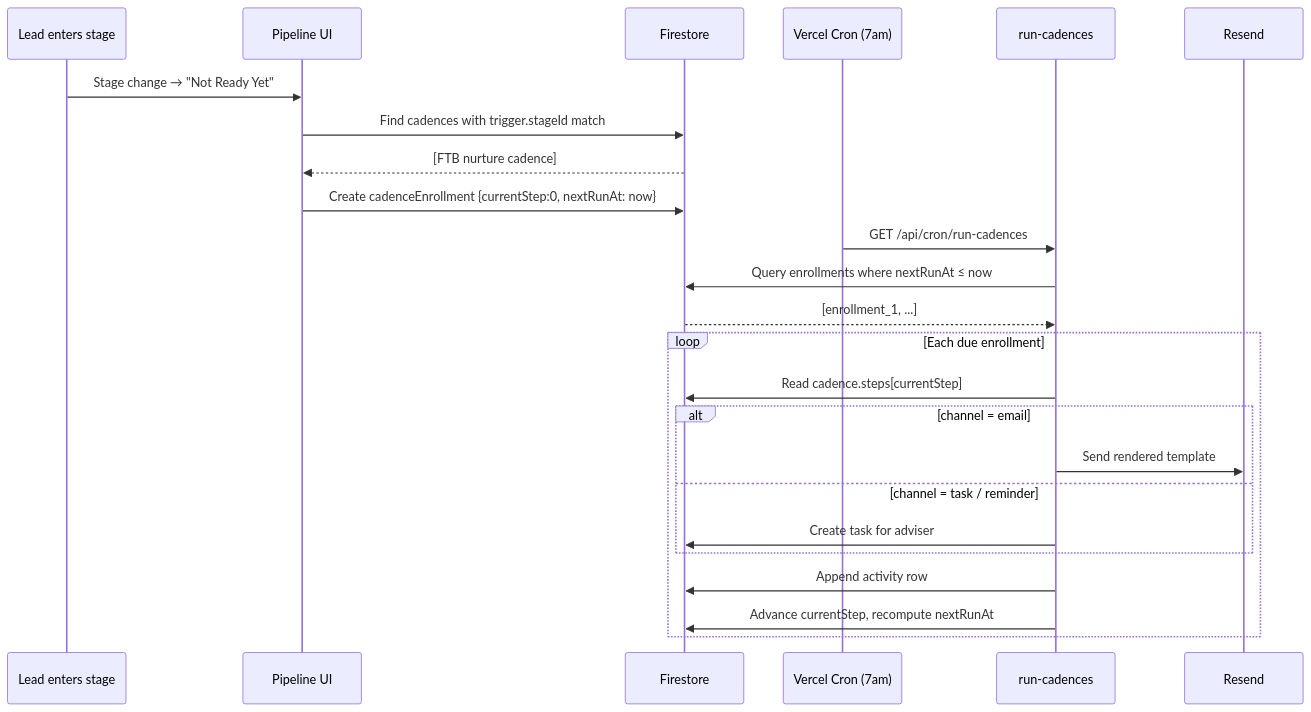
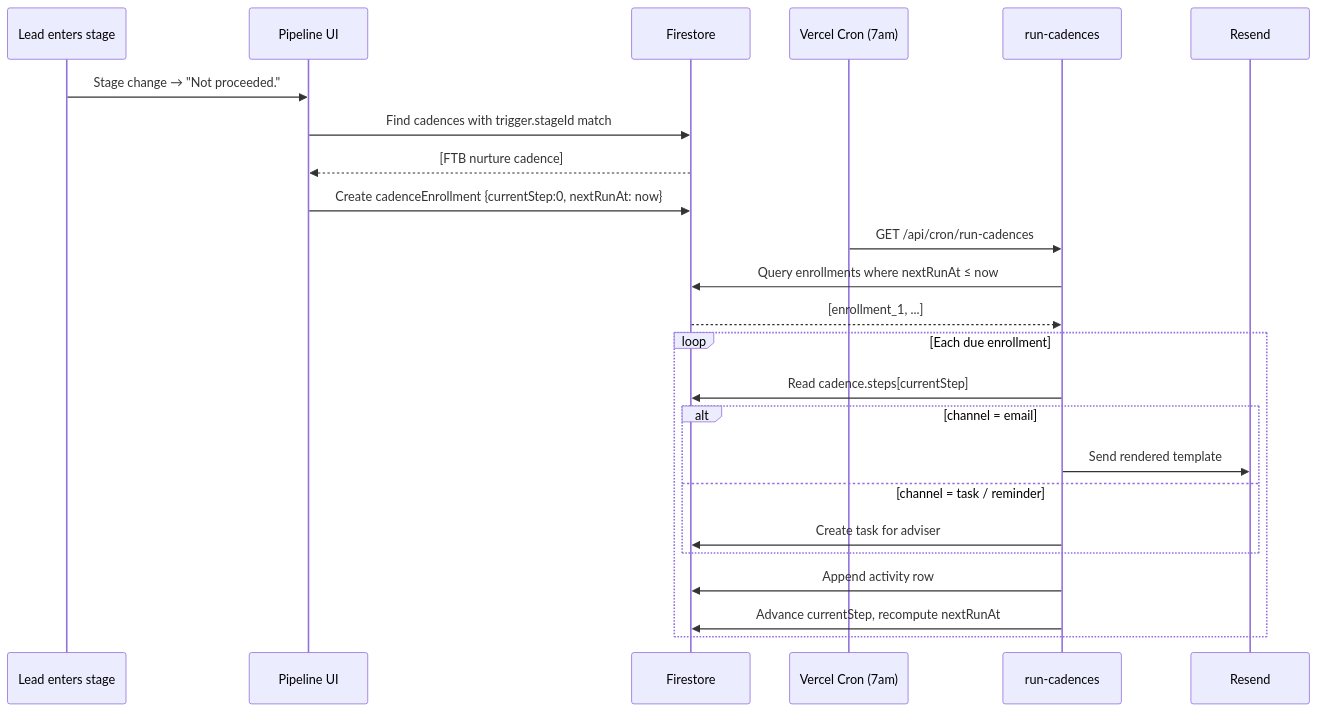
The second of 3 diagrams in README.md (vinay-lgtm-code/mallard_connect), drawn with Mermaid before and after one commit. The commit also changed other lines of this file and 15 other files, not shown here.

Commit message:
Update pipeline stage names

````diff
--- a/README.md
+++ b/README.md
@@ -136,28 +136,28 @@
 ```mermaid
 sequenceDiagram
     participant Lead as Lead enters stage
     participant Pipeline as Pipeline UI
     participant FS as Firestore
     participant Cron as Vercel Cron (7am)
     participant Run as run-cadences
     participant Resend as Resend
 
-    Lead->>Pipeline: Stage change → "Not Ready Yet"
+    Lead->>Pipeline: Stage change → "Not proceeded."
     Pipeline->>FS: Find cadences with trigger.stageId match
     FS-->>Pipeline: [FTB nurture cadence]
     Pipeline->>FS: Create cadenceEnrollment {currentStep:0, nextRunAt: now}
 
     Cron->>Run: GET /api/cron/run-cadences
     Run->>FS: Query enrollments where nextRunAt ≤ now
     FS-->>Run: [enrollment_1, ...]
     loop Each due enrollment
         Run->>FS: Read cadence.steps[currentStep]
         alt channel = email
             Run->>Resend: Send rendered template
         else channel = task / reminder
             Run->>FS: Create task for adviser
         end
         Run->>FS: Append activity row
         Run->>FS: Advance currentStep, recompute nextRunAt
     end
 ```
````
